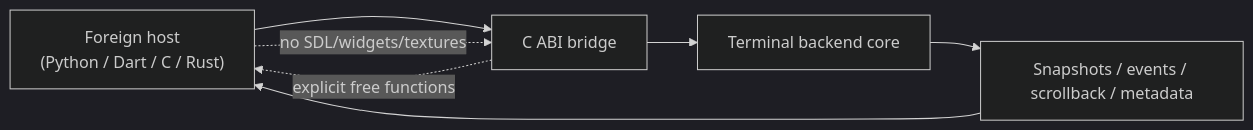
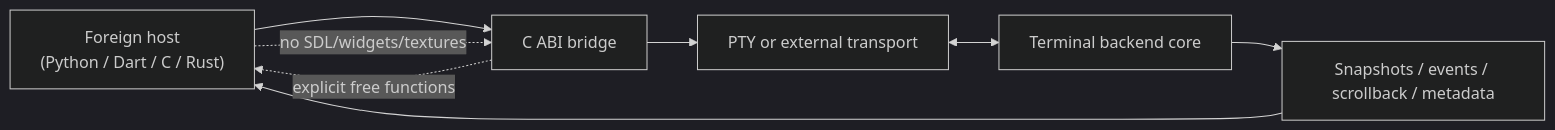
The first of 6 diagrams in app_architecture/terminal/ffi/BRIDGE_DESIGN.md (LaurenceGuws/Zide), drawn with Mermaid (dark theme) before and after one commit. The commit also changed other lines of this file and 3 other files, not shown here.

Commit message:
Polish terminal architecture authority docs

````diff
--- a/app_architecture/terminal/ffi/BRIDGE_DESIGN.md
+++ b/app_architecture/terminal/ffi/BRIDGE_DESIGN.md
@@ -70,10 +73,11 @@
 ```mermaid
 flowchart LR
     Host["Foreign host\n(Python / Dart / C / Rust)"] --> Bridge["C ABI bridge"]
-    Bridge --> Core["Terminal backend core"]
+    Bridge --> Transport["PTY or external transport"]
+    Transport <--> Core["Terminal backend core"]
     Core --> Snapshot["Snapshots / events / scrollback / metadata"]
     Snapshot --> Host
 
     Host -. no SDL/widgets/textures .-> Bridge
     Bridge -. explicit free functions .-> Host
 ```
````
